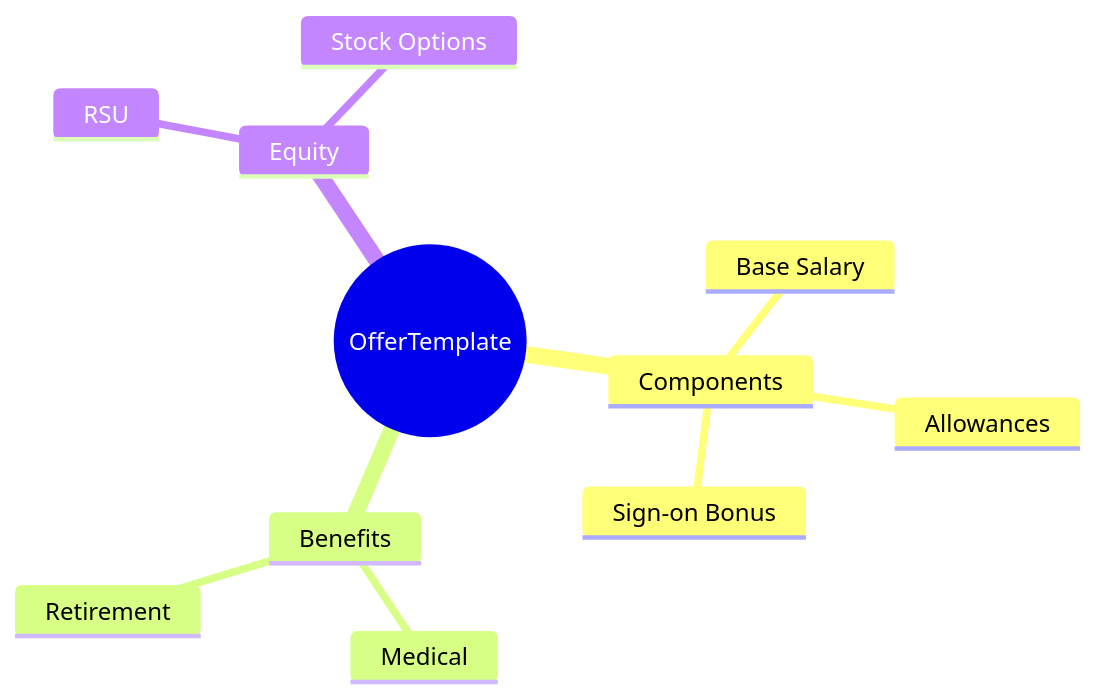
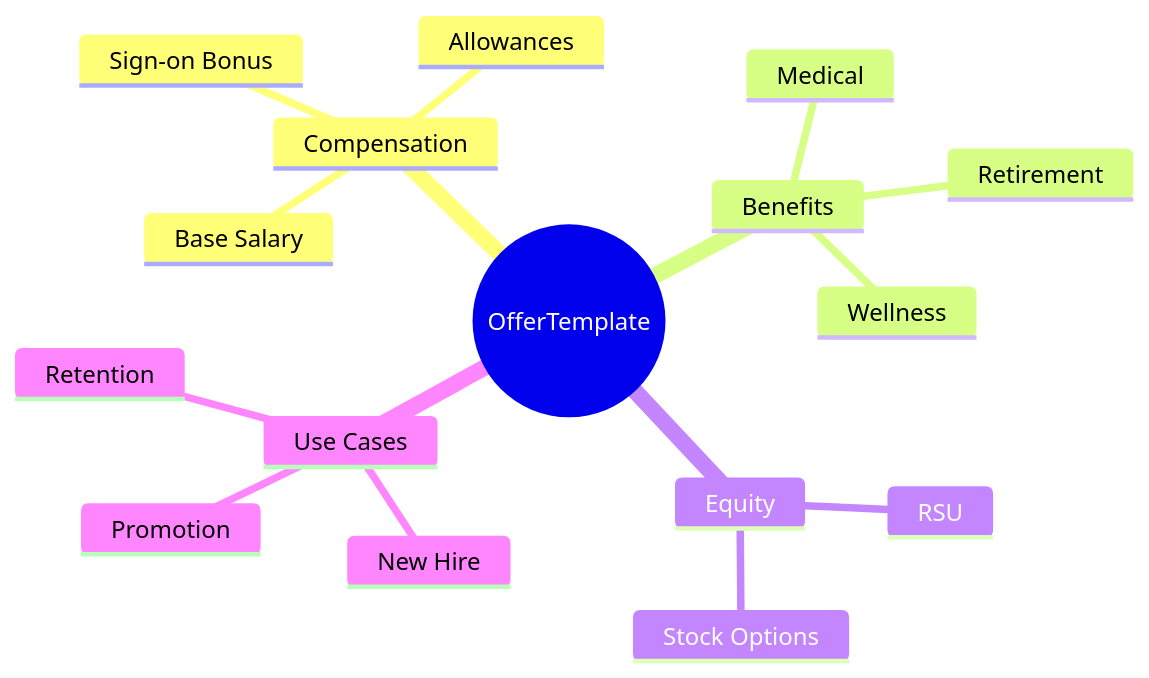
Before and after one commit to a4b-corporation/xTalent: the first of 4 diagrams in docs/01-modules/TR/00-ontology/domain/offer/offer-template.onto.md, drawn with Mermaid. The commit also changed other lines of this file and 14 other files, not shown here.

````diff
--- a/docs/01-modules/TR/00-ontology/domain/offer/offer-template.onto.md
+++ b/docs/01-modules/TR/00-ontology/domain/offer/offer-template.onto.md
@@ -114,14 +126,19 @@
 ```mermaid
 mindmap
   root((OfferTemplate))
-    Components
+    Compensation
       Base Salary
       Allowances
       Sign-on Bonus
     Benefits
       Medical
       Retirement
+      Wellness
     Equity
       RSU
       Stock Options
+    Use Cases
+      New Hire
+      Promotion
+      Retention
 ```
````
